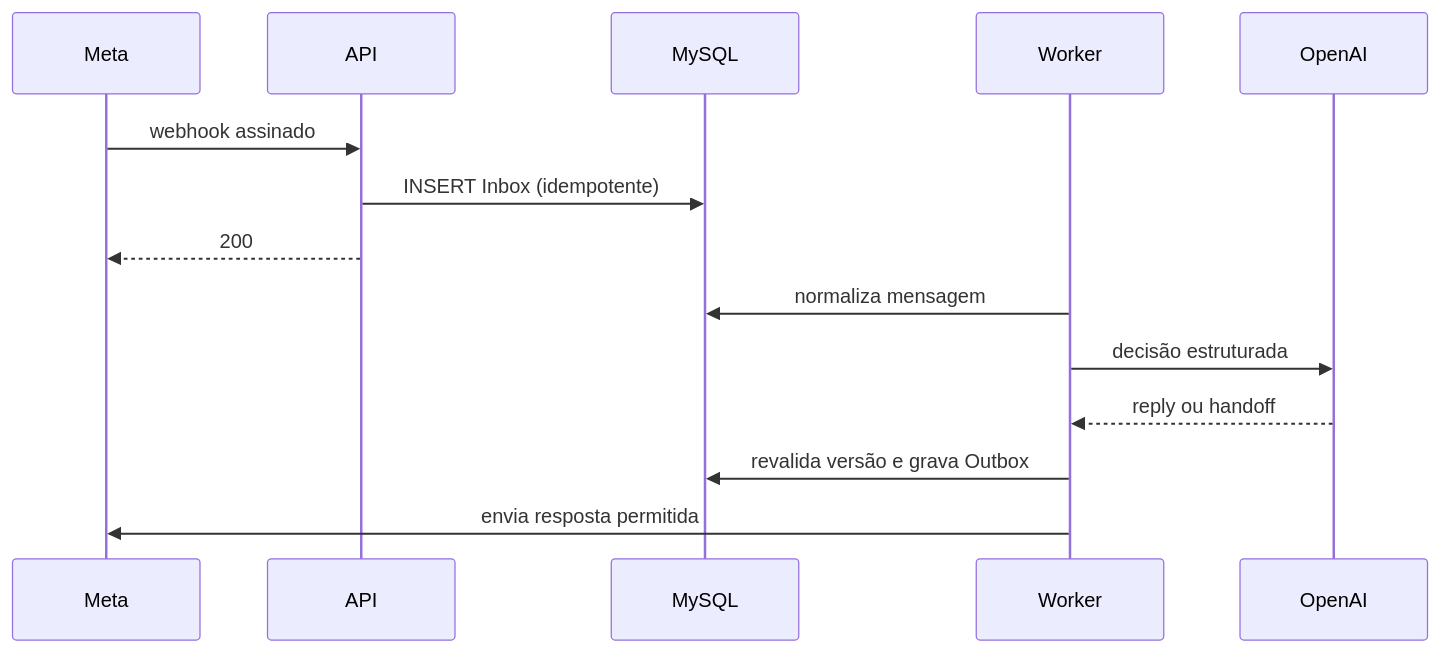
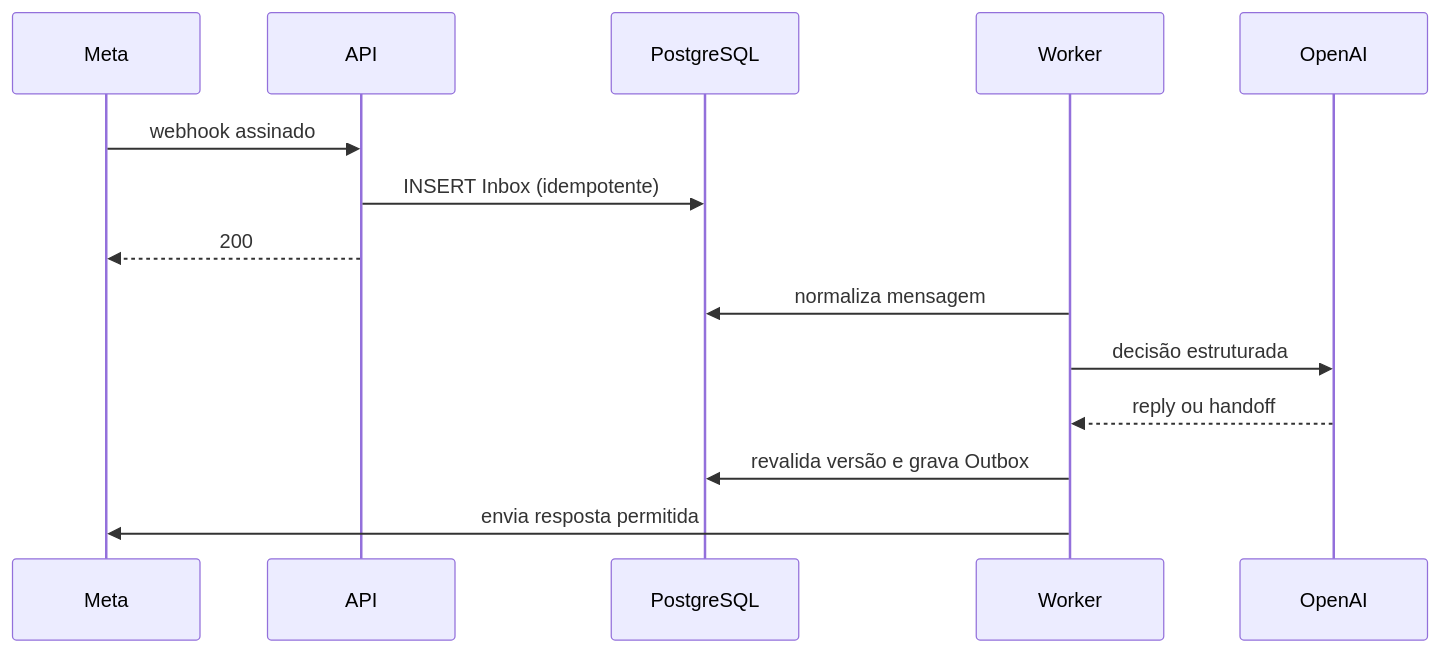
One commit to MelqueLord/WhatsAppAI changed the fourth of 4 diagrams in docs/architecture/architecture.md. Above: the diagram before and after it, drawn with Mermaid. The commit also changed other lines of this file and 94 other files, not shown here.

Commit message:
Atualiza persistencia PostgreSQL e configuracoes de producao

````diff
--- a/docs/architecture/architecture.md
+++ b/docs/architecture/architecture.md
@@ -45,16 +45,16 @@
 ```mermaid
 sequenceDiagram
   participant M as Meta
   participant A as API
-  participant D as MySQL
+  participant D as PostgreSQL
   participant W as Worker
   participant O as OpenAI
   M->>A: webhook assinado
   A->>D: INSERT Inbox (idempotente)
   A-->>M: 200
   W->>D: normaliza mensagem
   W->>O: decisão estruturada
   O-->>W: reply ou handoff
   W->>D: revalida versão e grava Outbox
   W->>M: envia resposta permitida
 ```
````
